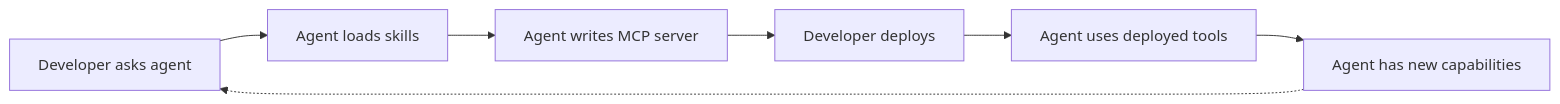
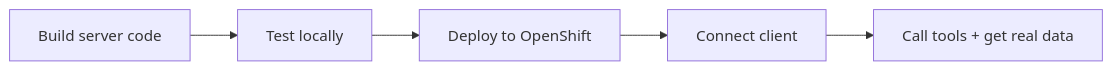
Before and after one commit to rrbanda/mcp-dev-workshop: the diagram in content/modules/ROOT/pages/08-module-06-use.adoc, drawn with Mermaid. The commit also changed other lines of this file and 12 other files, not shown here.

```diff
--- a/content/modules/ROOT/pages/08-module-06-use.adoc
+++ b/content/modules/ROOT/pages/08-module-06-use.adoc
@@ -105,10 +154,8 @@
 [mermaid]
 ....
 flowchart LR
-    A["Developer asks agent"] --> B["Agent loads skills"]
-    B --> C["Agent writes MCP server"]
-    C --> D["Developer deploys"]
-    D --> E["Agent uses deployed tools"]
-    E --> F["Agent has new capabilities"]
-    F -.-> A
+    A["Build server code"] --> B["Test locally"]
+    B --> C["Deploy to OpenShift"]
+    C --> D["Connect client"]
+    D --> E["Call tools + get real data"]
 ....
```
